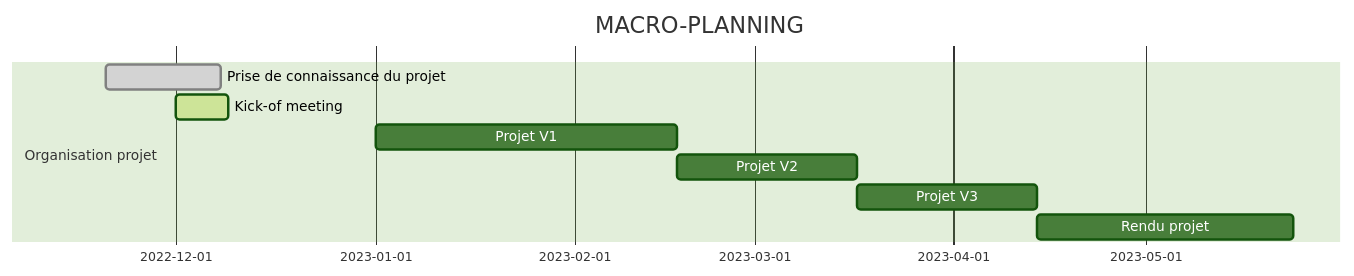
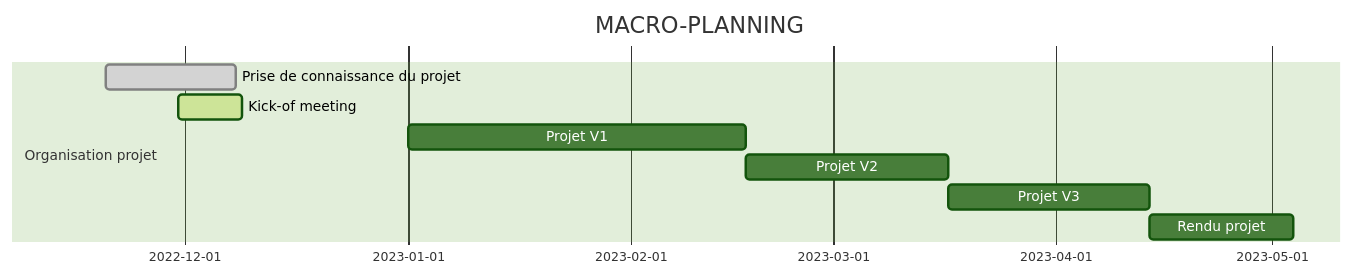
Before and after one commit to morganLantrade/TP_M1: the diagram in readme.md, drawn with Mermaid (forest theme). The commit also changed other lines of this file, not shown here.

````diff
--- a/readme.md
+++ b/readme.md
@@ -36,14 +36,14 @@
 ```mermaid
 gantt
 dateFormat  YYYY-MM-DD
 
 title MACRO-PLANNING
 
 section Organisation projet
-Prise de connaissance du projet           :done,    des1, 2022-11-20,18d
-Kick-of meeting               :active,  des2, 2022-12-1,8d
+Prise de connaissance du projet            :done,    des1, 2022-11-20,18d
+Kick-of meeting               :active,  des2, 2022-11-30,9d
 Projet V1               	:         des3, 2023-01-01,2023-02-17
 Projet V2                :        des4, 2023-02-17,2023-03-17
 Projet V3                 :        des5, 2023-03-17,2023-04-14
-Rendu projet                :        after des5,40d
+Rendu projet                :        after des5,20d
 ```
````
